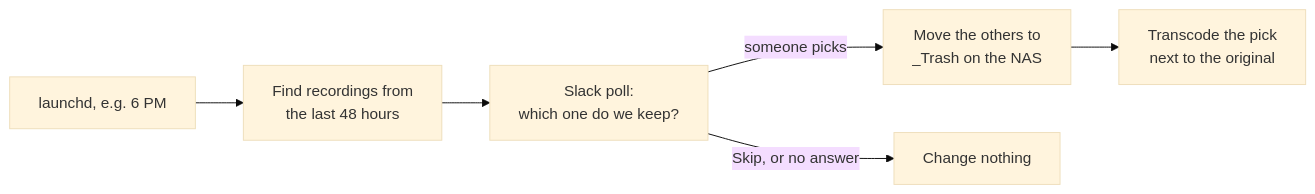
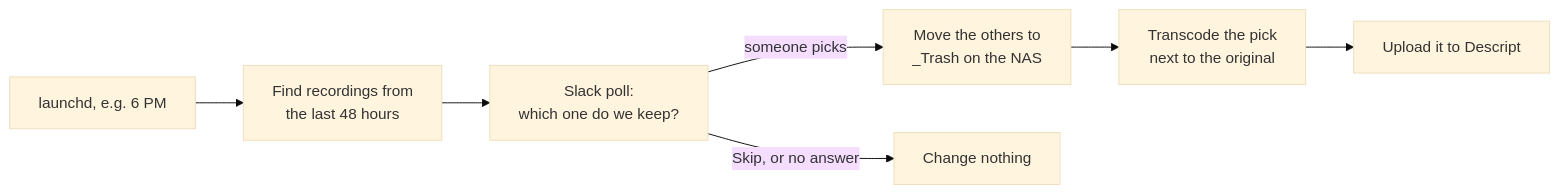
One commit to dawsontoth/transcoder-bot changed the diagram in README.md. Above: the diagram before and after it, drawn with Mermaid (base theme). The commit also changed other lines of this file and 18 other files, not shown here.

First line of the commit message:
Upload finished transcodes to Descript for editing

````diff
--- a/README.md
+++ b/README.md
@@ -14,8 +15,9 @@
 ```mermaid
 flowchart LR
     A["launchd, e.g. 6 PM"] --> B["Find recordings from<br/>the last 48 hours"]
     B --> C["Slack poll:<br/>which one do we keep?"]
     C -- "someone picks" --> D["Move the others to<br/>_Trash on the NAS"]
     D --> E["Transcode the pick<br/>next to the original"]
+    E --> G["Upload it to Descript"]
     C -- "Skip, or no answer" --> F["Change nothing"]
 ```
````
